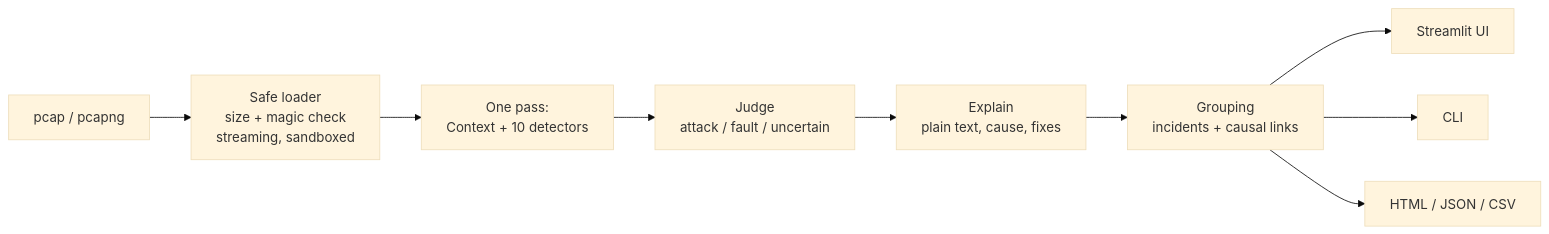
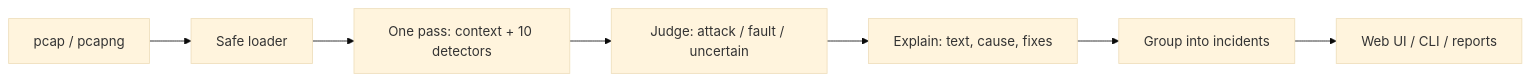
One commit to vishnu-1709/caughtin4k changed the diagram in README.md. Above: the diagram before and after it, drawn with Mermaid (base theme). The commit also changed other lines of this file and 1 other file, not shown here.

````diff
--- a/README.md
+++ b/README.md
@@ -128,11 +95,9 @@
 ```mermaid
 flowchart LR
-    A[pcap / pcapng] --> B[Safe loader<br/>size + magic check<br/>streaming, sandboxed]
-    B --> C[One pass:<br/>Context + 10 detectors]
-    C --> D[Judge<br/>attack / fault / uncertain]
-    D --> E[Explain<br/>plain text, cause, fixes]
-    E --> F[Grouping<br/>incidents + causal links]
-    F --> G[Streamlit UI]
-    F --> H[CLI]
-    F --> I[HTML / JSON / CSV]
+    A[pcap / pcapng] --> B[Safe loader]
+    B --> C[One pass: context + 10 detectors]
+    C --> D[Judge: attack / fault / uncertain]
+    D --> E[Explain: text, cause, fixes]
+    E --> F[Group into incidents]
+    F --> G[Web UI / CLI / reports]
 ```
````
